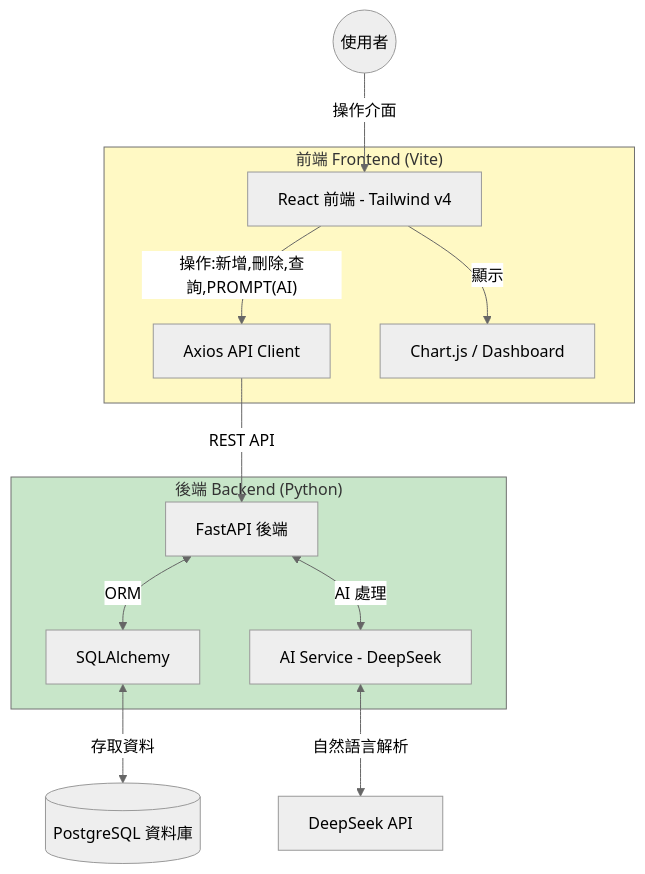
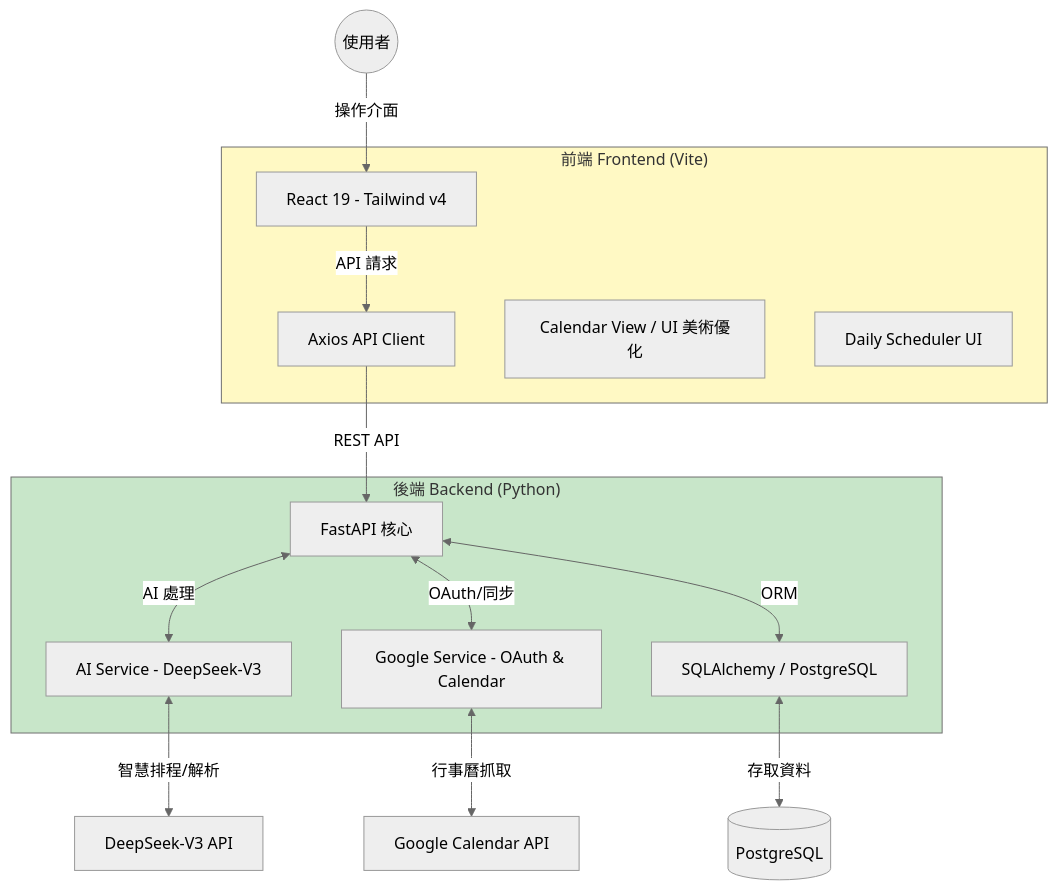
One commit to pppppppphoebe/AI_Task_Manager changed the first of 4 diagrams in system_graph.md. Above: the diagram before and after it, drawn with Mermaid (neutral theme). The commit also changed other lines of this file and 24 other files, not shown here.

Commit message:
identify function and check google calendar

````diff
--- a/system_graph.md
+++ b/system_graph.md
@@ -10,24 +10,29 @@
 ```mermaid
 flowchart TB
  subgraph subGraph0["前端 Frontend (Vite)"]
         Axios["Axios API Client"]
-        React["React 前端 - Tailwind v4"]
-        ChartJS["Chart.js / Dashboard"]
+        React["React 19 - Tailwind v4"]
+        CalendarUI["Calendar View / UI 美術優化"]
+        TodayUI["Daily Scheduler UI"]
   end
  subgraph subGraph1["後端 Backend (Python)"]
-        SQLAlchemy["SQLAlchemy"]
-        FastAPI["FastAPI 後端"]
-        AIService["AI Service - DeepSeek"]
+        SQLAlchemy["SQLAlchemy / PostgreSQL"]
+        FastAPI["FastAPI 核心"]
+        AIService["AI Service - DeepSeek-V3"]
+        GoogleService["Google Service - OAuth & Calendar"]
   end
     User(("使用者")) -- 操作介面 --> React
-    React -- 操作:新增,刪除,查詢,PROMPT(AI) --> Axios
-    React -- 顯示 --> ChartJS
+    React -- API 請求 --> Axios
     Axios -- REST API --> FastAPI
+    
+    FastAPI <-- AI 處理 --> AIService
+    FastAPI <-- OAuth/同步 --> GoogleService
     FastAPI <-- ORM --> SQLAlchemy
-    FastAPI <-- AI 處理 --> AIService
-    SQLAlchemy <-- 存取資料 --> Postgres[("PostgreSQL 資料庫")]
-    AIService <-- 自然語言解析 --> DeepSeek["DeepSeek API"]
+    
+    AIService <-- 智慧排程/解析 --> DeepSeek["DeepSeek-V3 API"]
+    GoogleService <-- 行事曆抓取 --> GoogleAPI["Google Calendar API"]
+    SQLAlchemy <-- 存取資料 --> DB[("PostgreSQL")]
 
     style subGraph0 fill:#FFF9C4
     style subGraph1 fill:#C8E6C9
 ```
````
